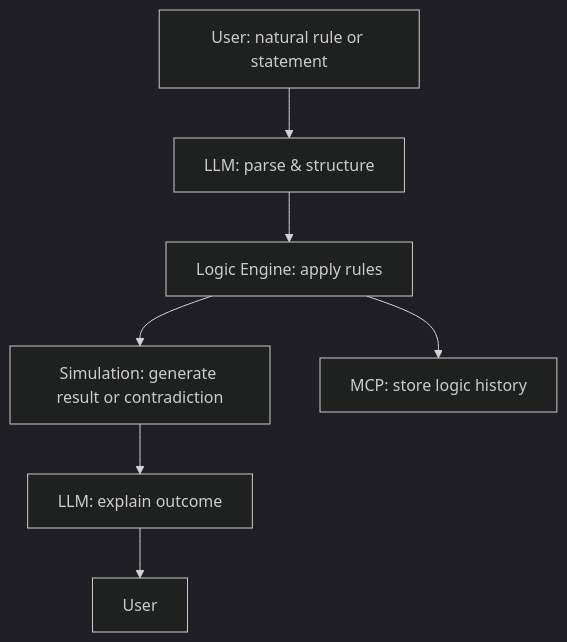
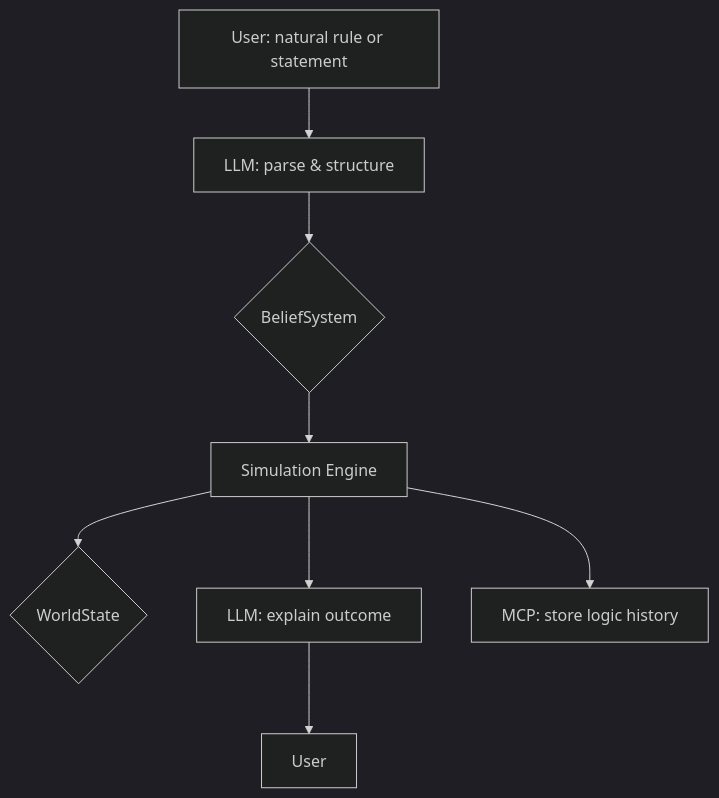
Before and after one commit to vijayanant/logic-fabricator: the diagram in docs/architecture.md, drawn with Mermaid (dark theme). The commit also changed other lines of this file and 3 other files, not shown here.

````diff
--- a/docs/architecture.md
+++ b/docs/architecture.md
@@ -71,10 +73,11 @@
 ```mermaid
 graph TD
     A[User: natural rule or statement]
     A --> B[LLM: parse & structure]
-    B --> C[Logic Engine: apply rules]
-    C --> D[Simulation: generate result or contradiction]
-    D --> E[LLM: explain outcome]
-    E --> F[User]
-    C --> G[MCP: store logic history]
+    B --> C{BeliefSystem}
+    C --> D[Simulation Engine]
+    D --> E{WorldState}
+    D --> F[LLM: explain outcome]
+    F --> G[User]
+    D --> H[MCP: store logic history]
 ```
````
